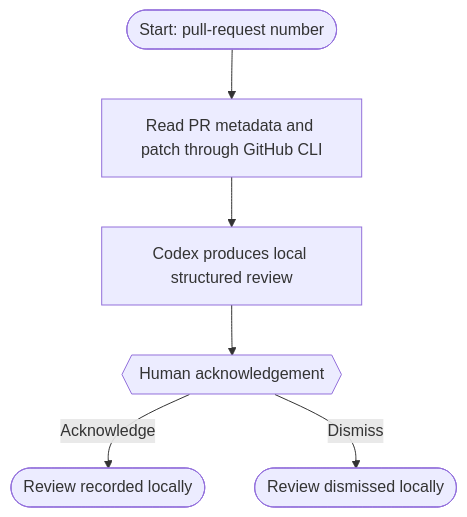
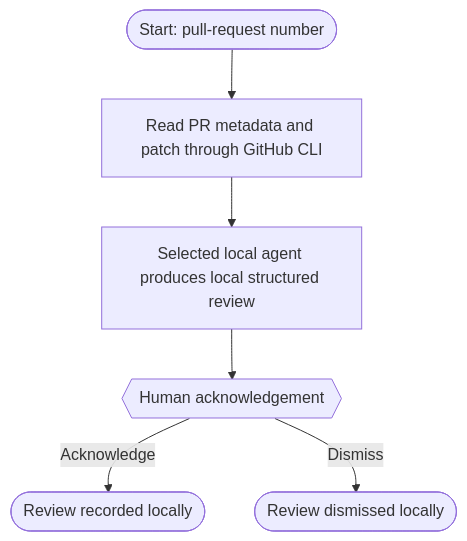
The diagram in docs/graphs/pr_review.mmd (sleekapp-solutions/agentic-sdlc-workflows), drawn with Mermaid before and after one commit. The commit also changed 9 other files, not shown here.

```diff
--- a/docs/graphs/pr_review.mmd
+++ b/docs/graphs/pr_review.mmd
@@ -1,6 +1,6 @@
 flowchart TD
     start([Start: pull-request number]) --> fetch[Read PR metadata and patch through GitHub CLI]
-    fetch --> review[Codex produces local structured review]
+    fetch --> review[Selected local agent produces local structured review]
     review --> acknowledgement{{Human acknowledgement}}
     acknowledgement -->|Acknowledge| done([Review recorded locally])
     acknowledgement -->|Dismiss| dismissed([Review dismissed locally])
```
